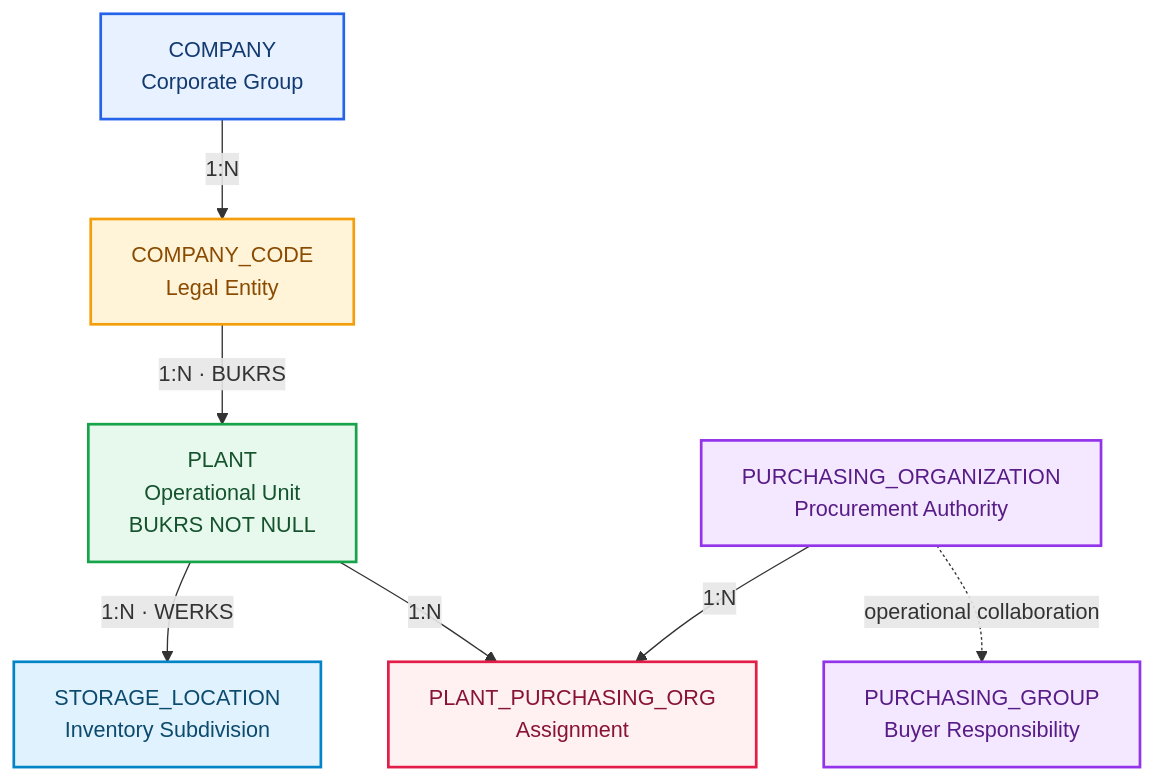
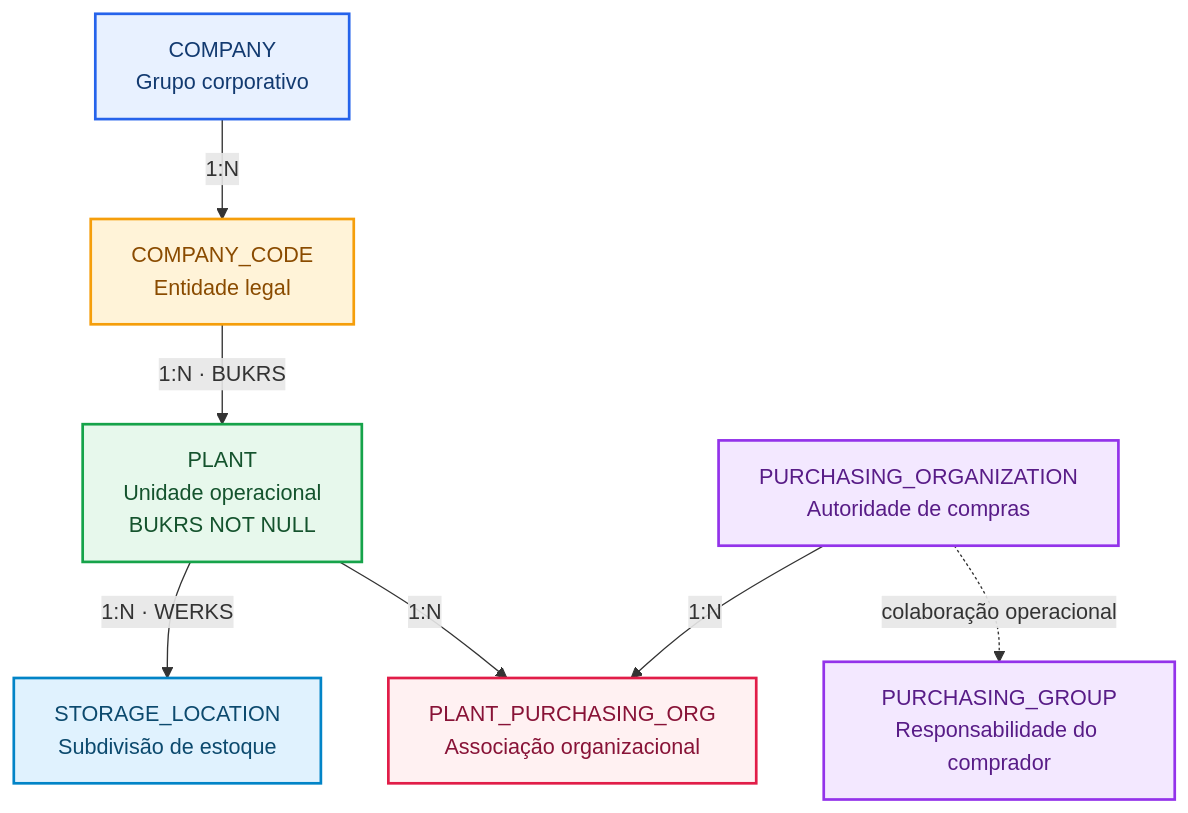
Before and after one commit to OrlandoCaetano2026/SAP_HANA_Cloud_Data_Engineering_Learning: the second of 2 diagrams in Industrial-Data-Universe/Blueprint/BR/industrial-data-universe-blueprint.md, drawn with Mermaid. The commit also changed other lines of this file, not shown here.

````diff
--- a/Industrial-Data-Universe/Blueprint/BR/industrial-data-universe-blueprint.md
+++ b/Industrial-Data-Universe/Blueprint/BR/industrial-data-universe-blueprint.md
@@ -61,22 +81,22 @@
 ```mermaid
 flowchart TB
-    C["COMPANY<br/>Corporate Group"]:::corporate
-    CC["COMPANY_CODE<br/>Legal Entity"]:::legal
-    P["PLANT<br/>Operational Unit<br/>BUKRS NOT NULL"]:::plant
-    S["STORAGE_LOCATION<br/>Inventory Subdivision"]:::storage
-    PO["PURCHASING_ORGANIZATION<br/>Procurement Authority"]:::purchasing
-    PPO["PLANT_PURCHASING_ORG<br/>Assignment"]:::association
-    PG["PURCHASING_GROUP<br/>Buyer Responsibility"]:::purchasing
+    C["COMPANY<br/>Grupo corporativo"]:::corporate
+    CC["COMPANY_CODE<br/>Entidade legal"]:::legal
+    P["PLANT<br/>Unidade operacional<br/>BUKRS NOT NULL"]:::plant
+    S["STORAGE_LOCATION<br/>Subdivisão de estoque"]:::storage
+    PO["PURCHASING_ORGANIZATION<br/>Autoridade de compras"]:::purchasing
+    PPO["PLANT_PURCHASING_ORG<br/>Associação organizacional"]:::association
+    PG["PURCHASING_GROUP<br/>Responsabilidade do comprador"]:::purchasing
     C -->|"1:N"| CC
     CC -->|"1:N · BUKRS"| P
     P -->|"1:N · WERKS"| S
     P -->|"1:N"| PPO
     PO -->|"1:N"| PPO
-    PO -.->|"operational collaboration"| PG
+    PO -.->|"colaboração operacional"| PG
     classDef corporate fill:#E8F1FF,stroke:#2563EB,color:#123A70,stroke-width:2px;
     classDef legal fill:#FFF3D8,stroke:#F59E0B,color:#8A4B00,stroke-width:2px;
     classDef plant fill:#E7F8EC,stroke:#16A34A,color:#14532D,stroke-width:2px;
     classDef storage fill:#E0F2FE,stroke:#0284C7,color:#0C4A6E,stroke-width:2px;
     classDef purchasing fill:#F3E8FF,stroke:#9333EA,color:#581C87,stroke-width:2px;
     classDef association fill:#FFF1F2,stroke:#E11D48,color:#881337,stroke-width:2px;
 ```
````
